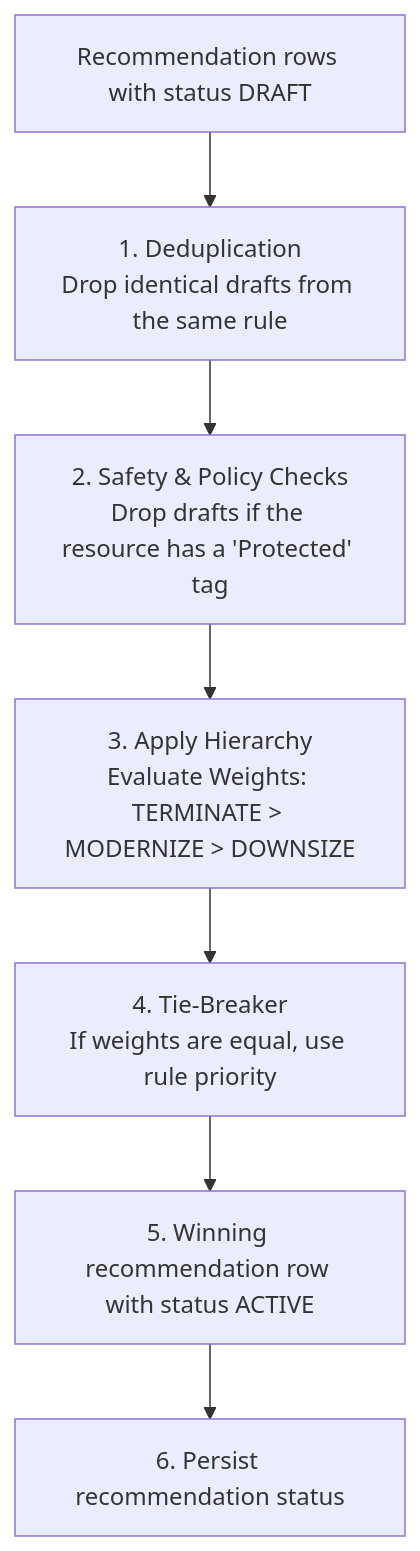
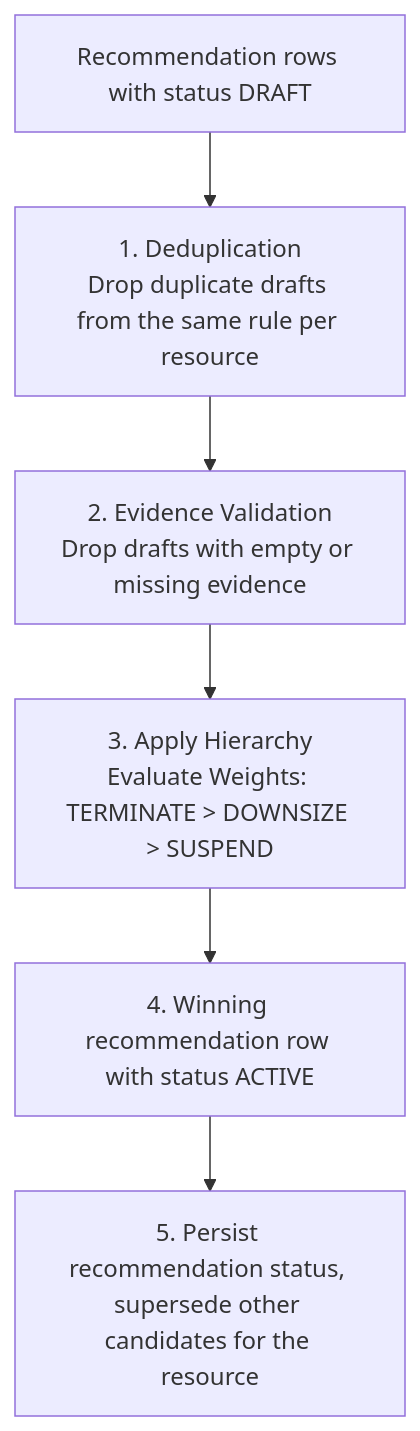
The second of 4 diagrams in docs/services/optimization-recommendation.md (COS301-SE-2026/CloudSherpa), drawn with Mermaid before and after one commit. The commit also changed other lines of this file, not shown here.

````diff
--- a/docs/services/optimization-recommendation.md
+++ b/docs/services/optimization-recommendation.md
@@ -178,23 +185,20 @@
 ```mermaid
 flowchart TD
     CANDIDATES[Recommendation rows with status DRAFT]
 
-    DEDUPE[1. Deduplication\nDrop identical drafts from the same rule]
+    DEDUPE[1. Deduplication\nDrop duplicate drafts from the same rule per resource]
 
-    SAFETY[2. Safety & Policy Checks\nDrop drafts if the resource has a 'Protected' tag]
+    EVIDENCE[2. Evidence Validation\nDrop drafts with empty or missing evidence]
 
-    HIERARCHY[3. Apply Hierarchy\nEvaluate Weights: TERMINATE > MODERNIZE > DOWNSIZE]
+    HIERARCHY[3. Apply Hierarchy\nEvaluate Weights: TERMINATE > DOWNSIZE > SUSPEND]
 
-    PRIORITY[4. Tie-Breaker\nIf weights are equal, use rule priority]
+    FINAL[4. Winning recommendation row with status ACTIVE]
 
-    FINAL[5. Winning recommendation row with status ACTIVE]
-
-    PERSIST[6. Persist recommendation status]
+    PERSIST[5. Persist recommendation status, supersede other candidates for the resource]
 
     CANDIDATES --> DEDUPE
-    DEDUPE --> SAFETY
-    SAFETY --> HIERARCHY
-    HIERARCHY --> PRIORITY
-    PRIORITY --> FINAL
+    DEDUPE --> EVIDENCE
+    EVIDENCE --> HIERARCHY
+    HIERARCHY --> FINAL
     FINAL --> PERSIST
 ```
````
